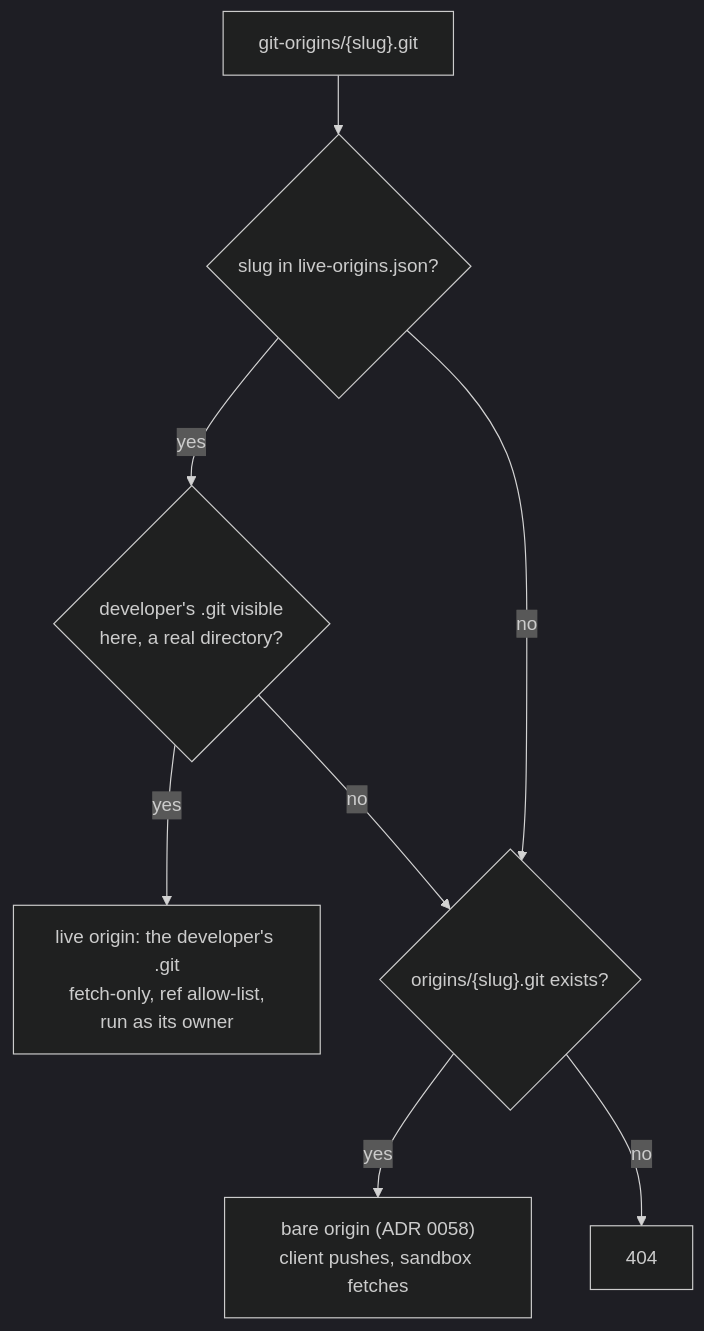
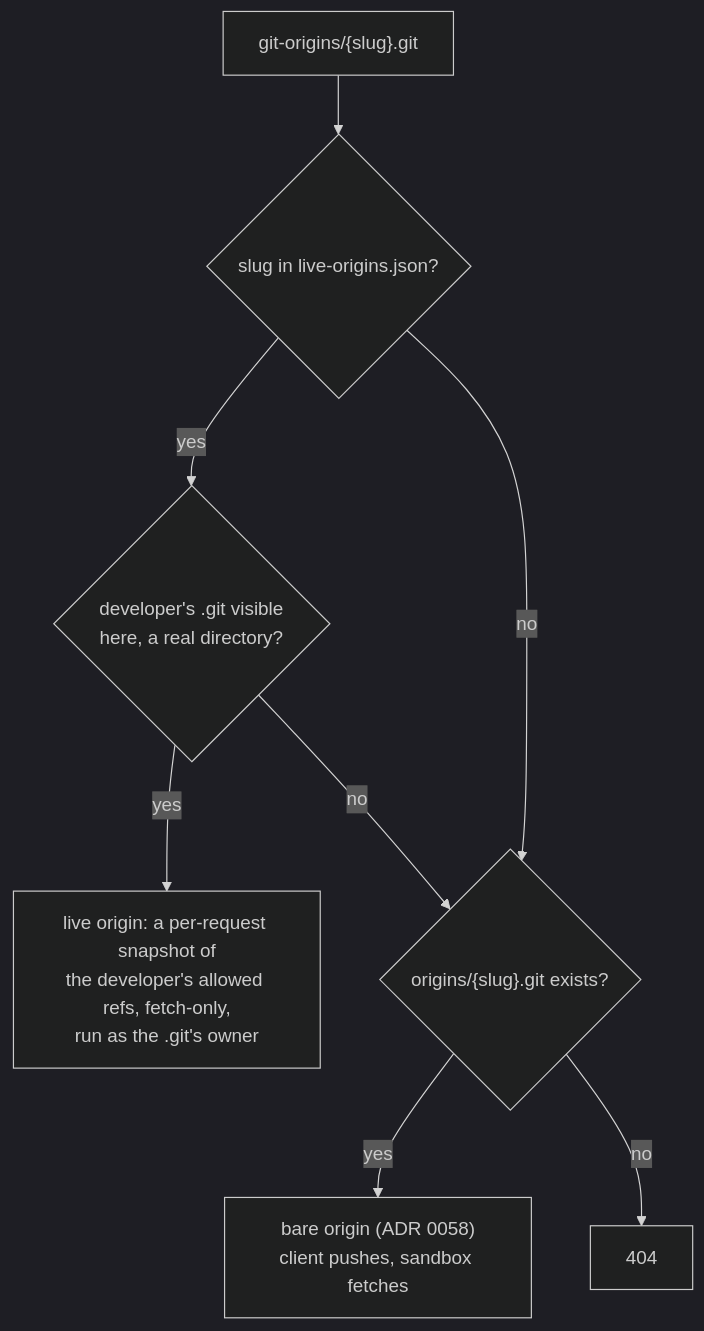
The second of 6 diagrams in pool-agent/DESIGN.md (discobox-ai/discobox), drawn with Mermaid (dark theme) before and after one commit. The commit also changed other lines of this file and 3 other files, not shown here.

First line of the commit message:
fix(pool-agent): serve a live origin from a per-request snapshot of its allowed refs

````diff
--- a/pool-agent/DESIGN.md
+++ b/pool-agent/DESIGN.md
@@ -663,10 +663,10 @@
 ```mermaid
 flowchart TD
   req["git-origins/{slug}.git"] --> rec{"slug in live-origins.json?"}
   rec -->|yes| vis{"developer's .git visible<br/>here, a real directory?"}
-  vis -->|yes| live["live origin: the developer's .git<br/>fetch-only, ref allow-list,<br/>run as its owner"]
+  vis -->|yes| live["live origin: a per-request snapshot of<br/>the developer's allowed refs, fetch-only,<br/>run as the .git's owner"]
   vis -->|no| bare
   rec -->|no| bare{"origins/{slug}.git exists?"}
   bare -->|yes| pushed["bare origin (ADR 0058)<br/>client pushes, sandbox fetches"]
   bare -->|no| nf["404"]
 ```
````
